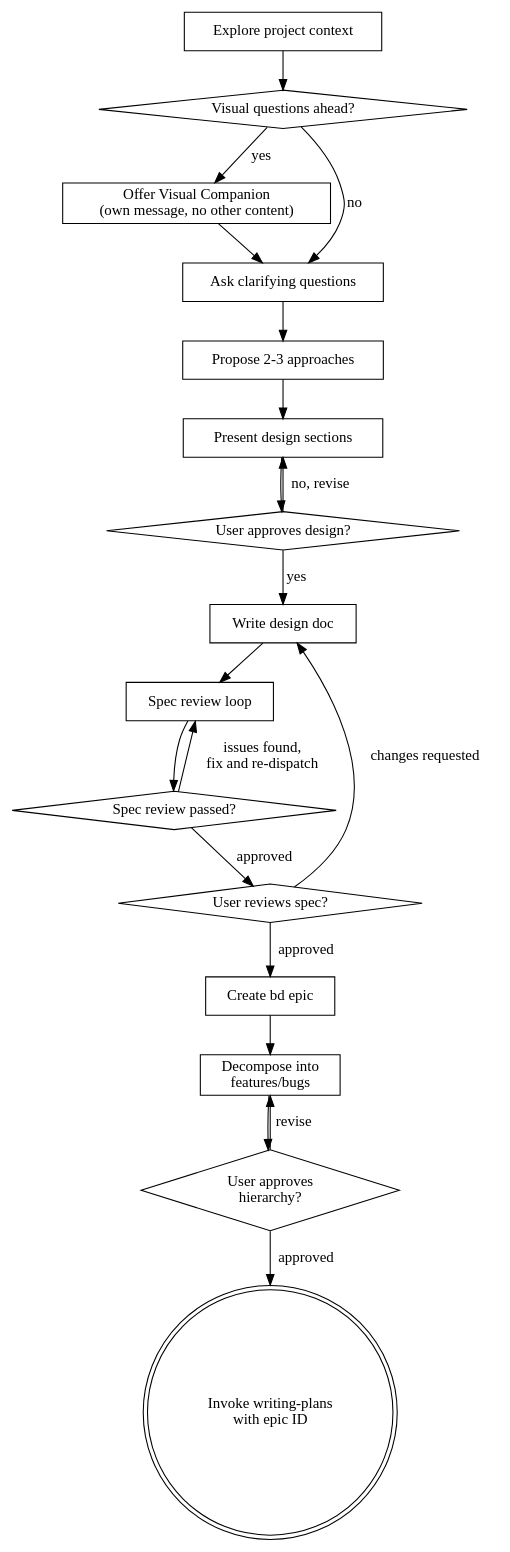
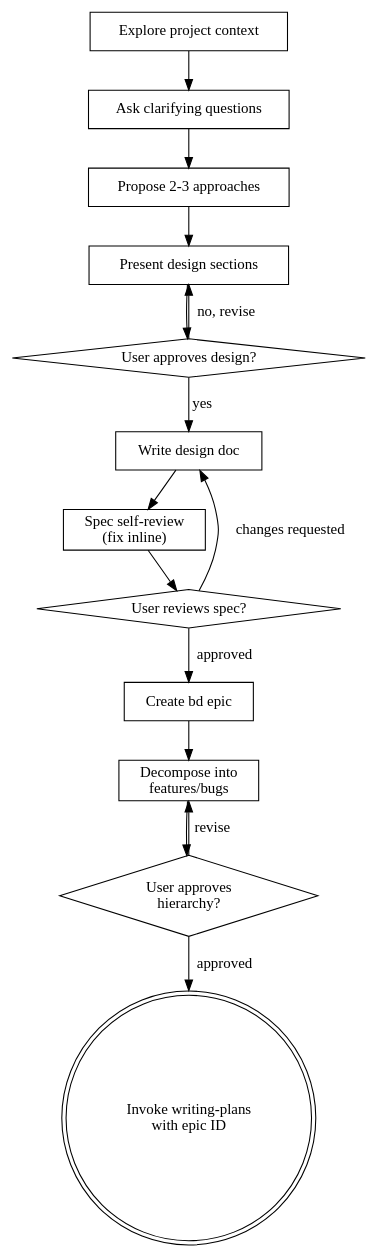
The diagram in plugins/joe-bag-of-tricks/skills/brainstorming/SKILL.md (jwp23/joe-bag-of-tricks), drawn with Graphviz before and after one commit. The commit also changed other lines of this file and 38 other files, not shown here.

````diff
--- a/plugins/joe-bag-of-tricks/skills/brainstorming/SKILL.md
+++ b/plugins/joe-bag-of-tricks/skills/brainstorming/SKILL.md
@@ -56,39 +56,31 @@
 ```dot
 digraph brainstorming {
     "Explore project context" [shape=box];
-    "Visual questions ahead?" [shape=diamond];
-    "Offer Visual Companion\n(own message, no other content)" [shape=box];
     "Ask clarifying questions" [shape=box];
     "Propose 2-3 approaches" [shape=box];
     "Present design sections" [shape=box];
     "User approves design?" [shape=diamond];
     "Write design doc" [shape=box];
-    "Spec review loop" [shape=box];
-    "Spec review passed?" [shape=diamond];
+    "Spec self-review\n(fix inline)" [shape=box];
     "User reviews spec?" [shape=diamond];
     "Create bd epic" [shape=box];
     "Decompose into\nfeatures/bugs" [shape=box];
     "User approves\nhierarchy?" [shape=diamond];
     "Invoke writing-plans\nwith epic ID" [shape=doublecircle];
 
-    "Explore project context" -> "Visual questions ahead?";
-    "Visual questions ahead?" -> "Offer Visual Companion\n(own message, no other content)" [label="yes"];
-    "Visual questions ahead?" -> "Ask clarifying questions" [label="no"];
-    "Offer Visual Companion\n(own message, no other content)" -> "Ask clarifying questions";
+    "Explore project context" -> "Ask clarifying questions";
     "Ask clarifying questions" -> "Propose 2-3 approaches";
     "Propose 2-3 approaches" -> "Present design sections";
     "Present design sections" -> "User approves design?";
     "User approves design?" -> "Present design sections" [label="no, revise"];
     "User approves design?" -> "Write design doc" [label="yes"];
-    "Write design doc" -> "Spec review loop";
-    "Spec review loop" -> "Spec review passed?";
-    "Spec review passed?" -> "Spec review loop" [label="issues found,\nfix and re-dispatch"];
-    "Spec review passed?" -> "User reviews spec?" [label="approved"];
+    "Write design doc" -> "Spec self-review\n(fix inline)";
+    "Spec self-review\n(fix inline)" -> "User reviews spec?";
     "User reviews spec?" -> "Write design doc" [label="changes requested"];
     "User reviews spec?" -> "Create bd epic" [label="approved"];
     "Create bd epic" -> "Decompose into\nfeatures/bugs";
     "Decompose into\nfeatures/bugs" -> "User approves\nhierarchy?";
     "User approves\nhierarchy?" -> "Decompose into\nfeatures/bugs" [label="revise"];
     "User approves\nhierarchy?" -> "Invoke writing-plans\nwith epic ID" [label="approved"];
 }
 ```
````
